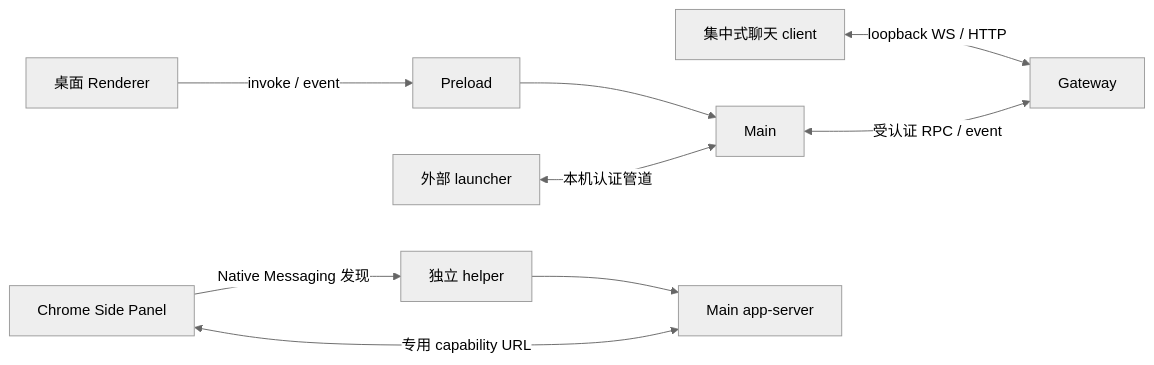
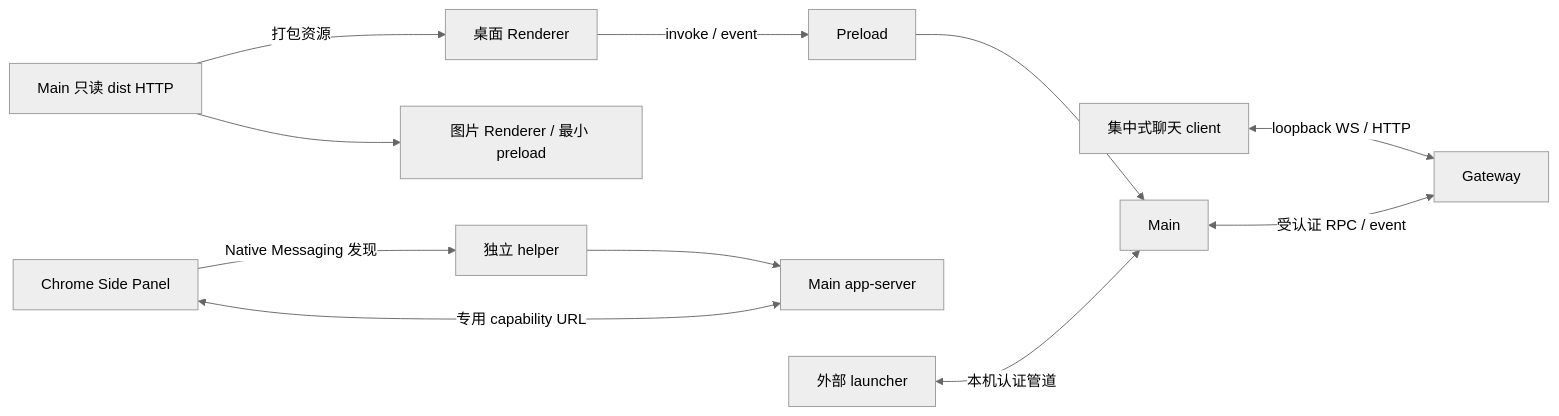
Before and after one commit to liangxhao/JustDo: the third of 5 diagrams in docs/architecture/03-process-model.md, drawn with Mermaid (neutral theme). The commit also changed other lines of this file and 121 other files, not shown here.

````diff
--- a/docs/architecture/03-process-model.md
+++ b/docs/architecture/03-process-model.md
@@ -104,10 +122,12 @@
 ```mermaid
 flowchart LR
+  Static[Main 只读 dist HTTP] -->|打包资源| UI
+  Static --> Preview[图片 Renderer / 最小 preload]
   UI[桌面 Renderer] -->|invoke / event| P[Preload] --> M[Main]
   Chat[集中式聊天 client] <-->|loopback WS / HTTP| G[Gateway]
   M <-->|受认证 RPC / event| G
   Extension[Chrome Side Panel] -->|Native Messaging 发现| Host[独立 helper]
   Host --> Server[Main app-server]
   Extension <-->|专用 capability URL| Server
   Multica[外部 launcher] <-->|本机认证管道| M
 ```
````
